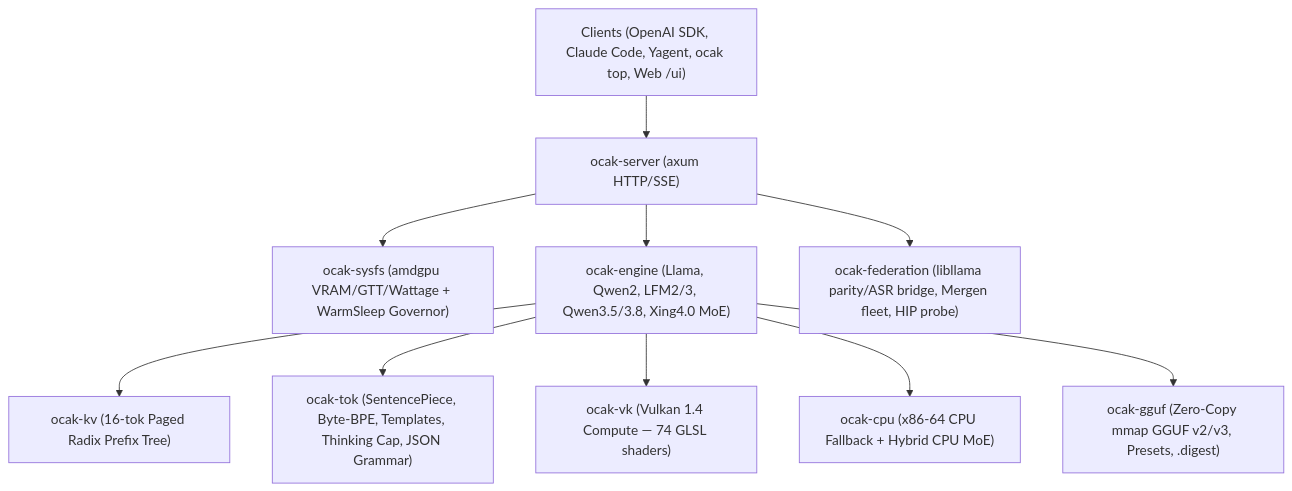
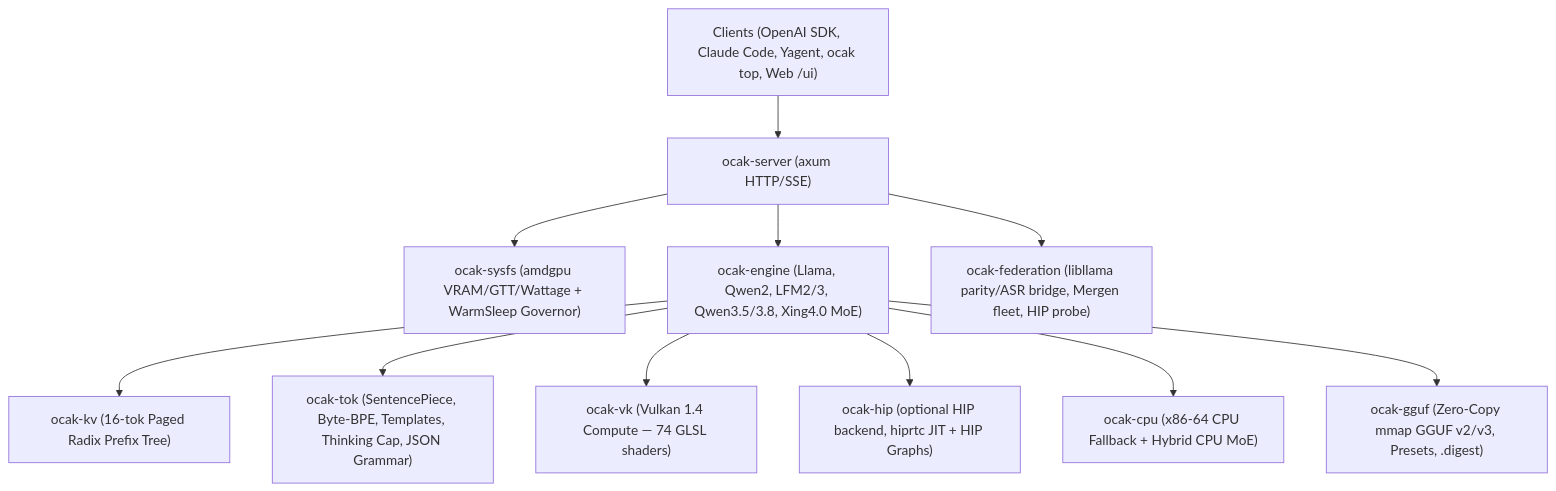
One commit to Mechres/ocak changed the diagram in README.md. Above: the diagram before and after it, drawn with Mermaid. The commit also changed other lines of this file, not shown here.

Commit message:
README: document the HIP backend (setup, CI-measured numbers, limits)

````diff
--- a/README.md
+++ b/README.md
@@ -34,12 +35,13 @@
 ```mermaid
 flowchart TD
     Clients["Clients (OpenAI SDK, Claude Code, Yagent, ocak top, Web /ui)"] --> Server["ocak-server (axum HTTP/SSE)"]
     Server --> Gov["ocak-sysfs (amdgpu VRAM/GTT/Wattage + WarmSleep Governor)"]
     Server --> Engine["ocak-engine (Llama, Qwen2, LFM2/3, Qwen3.5/3.8, Xing4.0 MoE)"]
     Server --> Fed["ocak-federation (libllama parity/ASR bridge, Mergen fleet, HIP probe)"]
     Engine --> KV["ocak-kv (16-tok Paged Radix Prefix Tree)"]
     Engine --> Tok["ocak-tok (SentencePiece, Byte-BPE, Templates, Thinking Cap, JSON Grammar)"]
     Engine --> VK["ocak-vk (Vulkan 1.4 Compute — 74 GLSL shaders)"]
+    Engine --> HIP["ocak-hip (optional HIP backend, hiprtc JIT + HIP Graphs)"]
     Engine --> CPU["ocak-cpu (x86-64 CPU Fallback + Hybrid CPU MoE)"]
     Engine --> GGUF["ocak-gguf (Zero-Copy mmap GGUF v2/v3, Presets, .digest)"]
 ```
````
